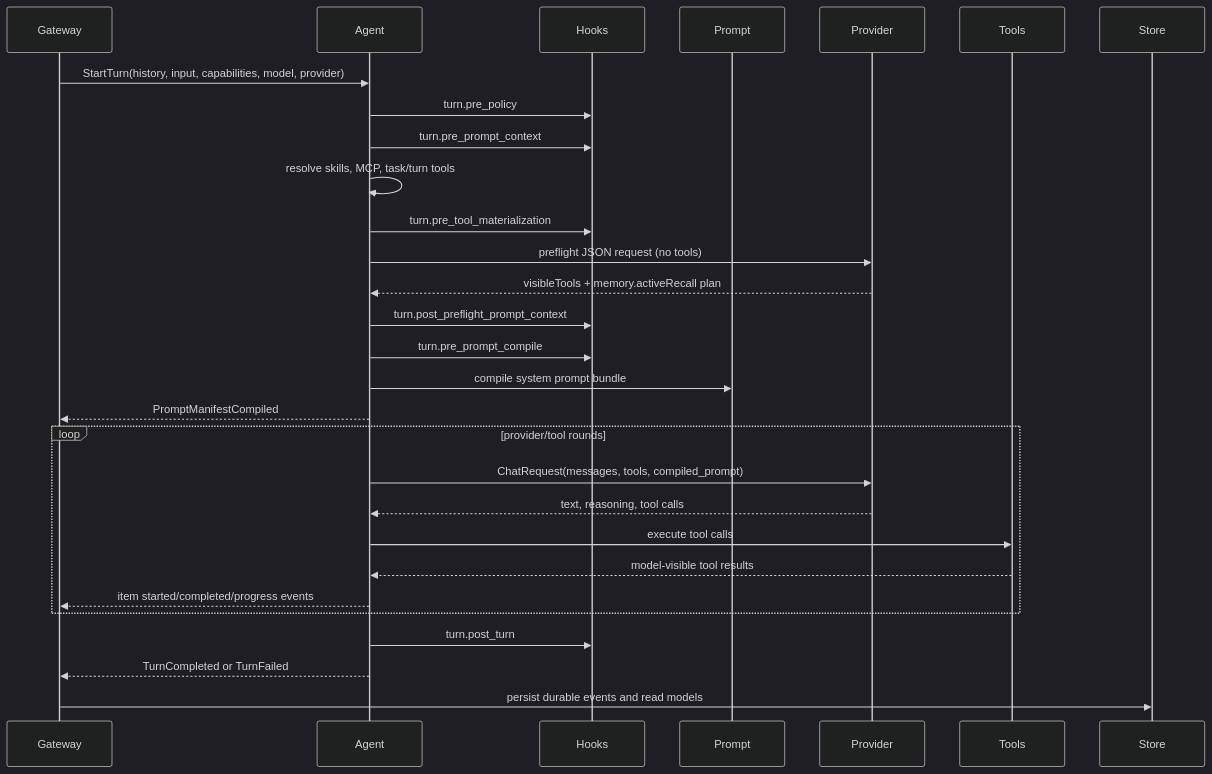
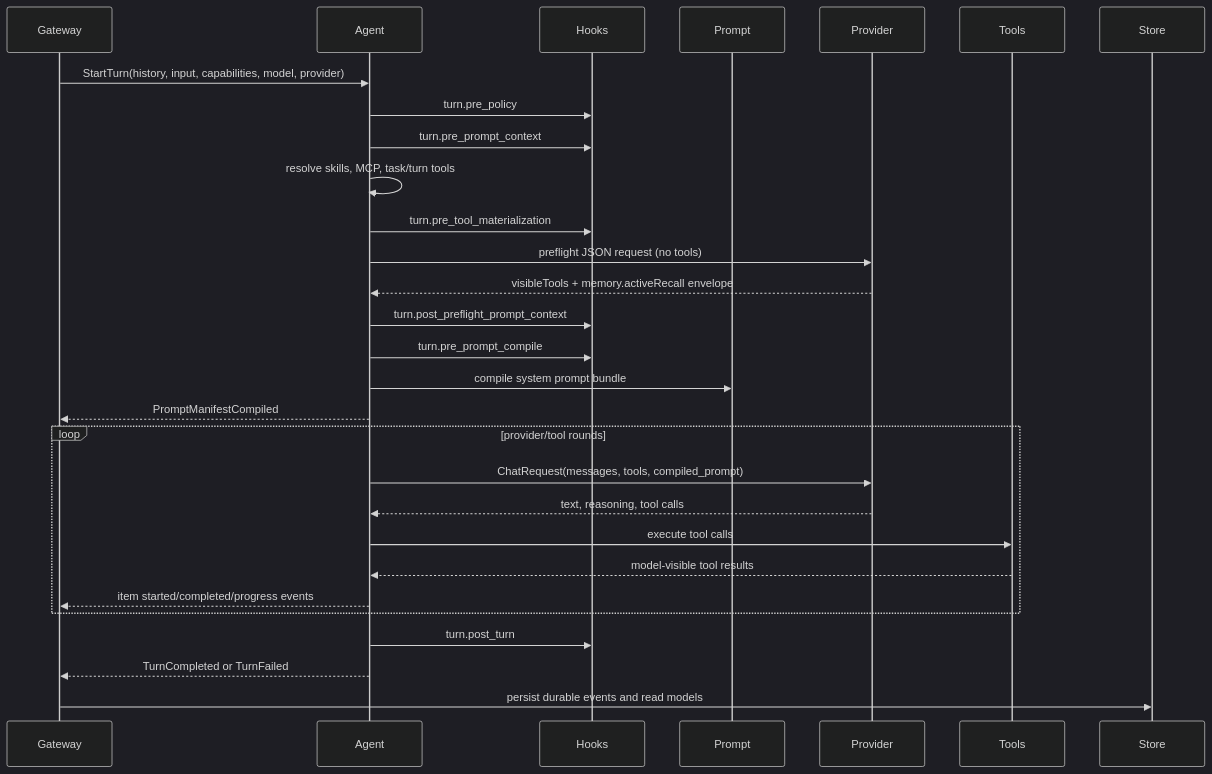
Before and after one commit to pioneerdotai/docs: the diagram in architecture/agent-loop.mdx, drawn with Mermaid (dark theme). The commit also changed other lines of this file and 25 other files, not shown here.

````diff
--- a/architecture/agent-loop.mdx
+++ b/architecture/agent-loop.mdx
@@ -45,32 +45,32 @@
 ```mermaid
 sequenceDiagram
   participant Gateway
   participant Agent
   participant Hooks
   participant Prompt
   participant Provider
   participant Tools
   participant Store
 
   Gateway->>Agent: StartTurn(history, input, capabilities, model, provider)
   Agent->>Hooks: turn.pre_policy
   Agent->>Hooks: turn.pre_prompt_context
   Agent->>Agent: resolve skills, MCP, task/turn tools
   Agent->>Hooks: turn.pre_tool_materialization
   Agent->>Provider: preflight JSON request (no tools)
-  Provider-->>Agent: visibleTools + memory.activeRecall plan
+  Provider-->>Agent: visibleTools + memory.activeRecall envelope
   Agent->>Hooks: turn.post_preflight_prompt_context
   Agent->>Hooks: turn.pre_prompt_compile
   Agent->>Prompt: compile system prompt bundle
   Agent-->>Gateway: PromptManifestCompiled
   loop provider/tool rounds
     Agent->>Provider: ChatRequest(messages, tools, compiled_prompt)
     Provider-->>Agent: text, reasoning, tool calls
     Agent->>Tools: execute tool calls
     Tools-->>Agent: model-visible tool results
     Agent-->>Gateway: item started/completed/progress events
   end
   Agent->>Hooks: turn.post_turn
   Agent-->>Gateway: TurnCompleted or TurnFailed
   Gateway->>Store: persist durable events and read models
 ```
````
